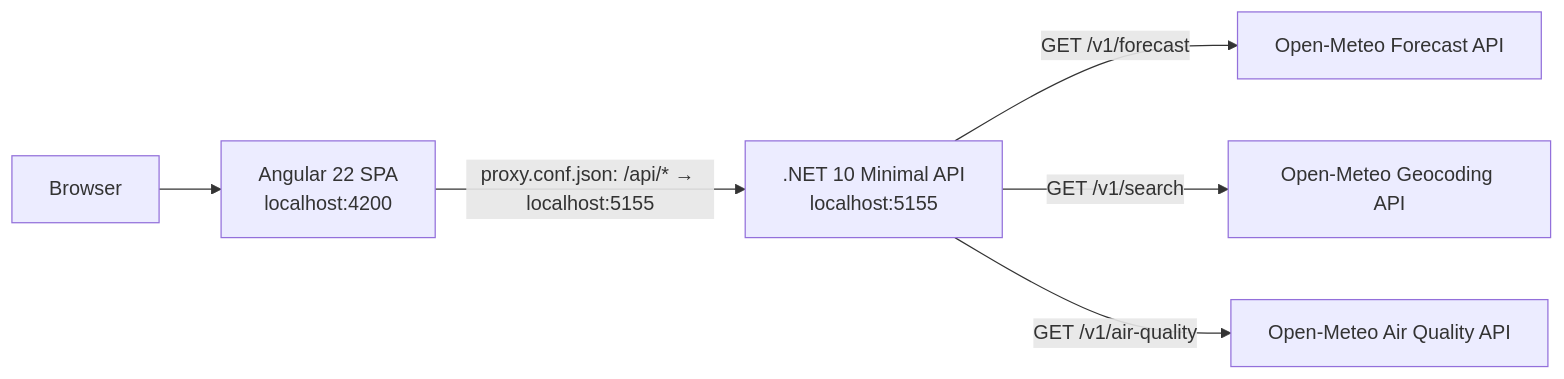
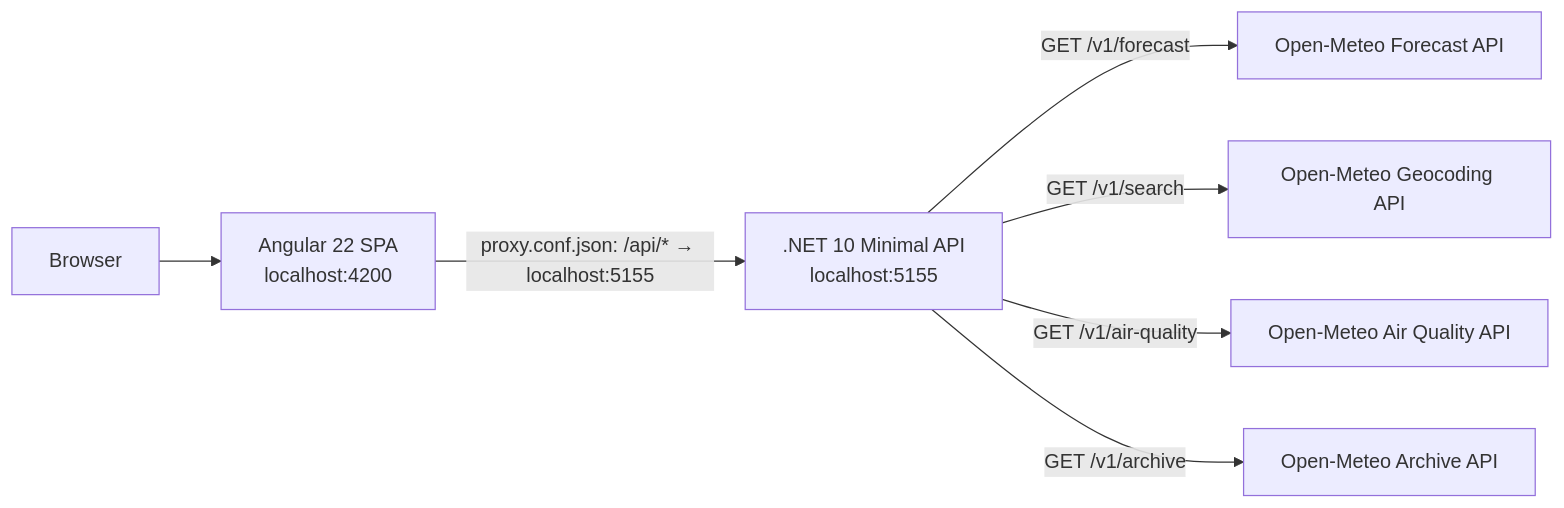
The diagram in docs/ARCHITECTURE.md (manhnguyenkhac/weather-app), drawn with Mermaid before and after one commit. The commit also changed other lines of this file and 18 other files, not shown here.

````diff
--- a/docs/ARCHITECTURE.md
+++ b/docs/ARCHITECTURE.md
@@ -7,8 +7,9 @@
 ```mermaid
 flowchart LR
     B["Browser"] --> FE["Angular 22 SPA<br/>localhost:4200"]
     FE -- "proxy.conf.json: /api/* → localhost:5155" --> BE[".NET 10 Minimal API<br/>localhost:5155"]
     BE -- "GET /v1/forecast" --> OM1["Open-Meteo Forecast API"]
     BE -- "GET /v1/search" --> OM2["Open-Meteo Geocoding API"]
     BE -- "GET /v1/air-quality" --> OM3["Open-Meteo Air Quality API"]
+    BE -- "GET /v1/archive" --> OM4["Open-Meteo Archive API"]
 ```
````
